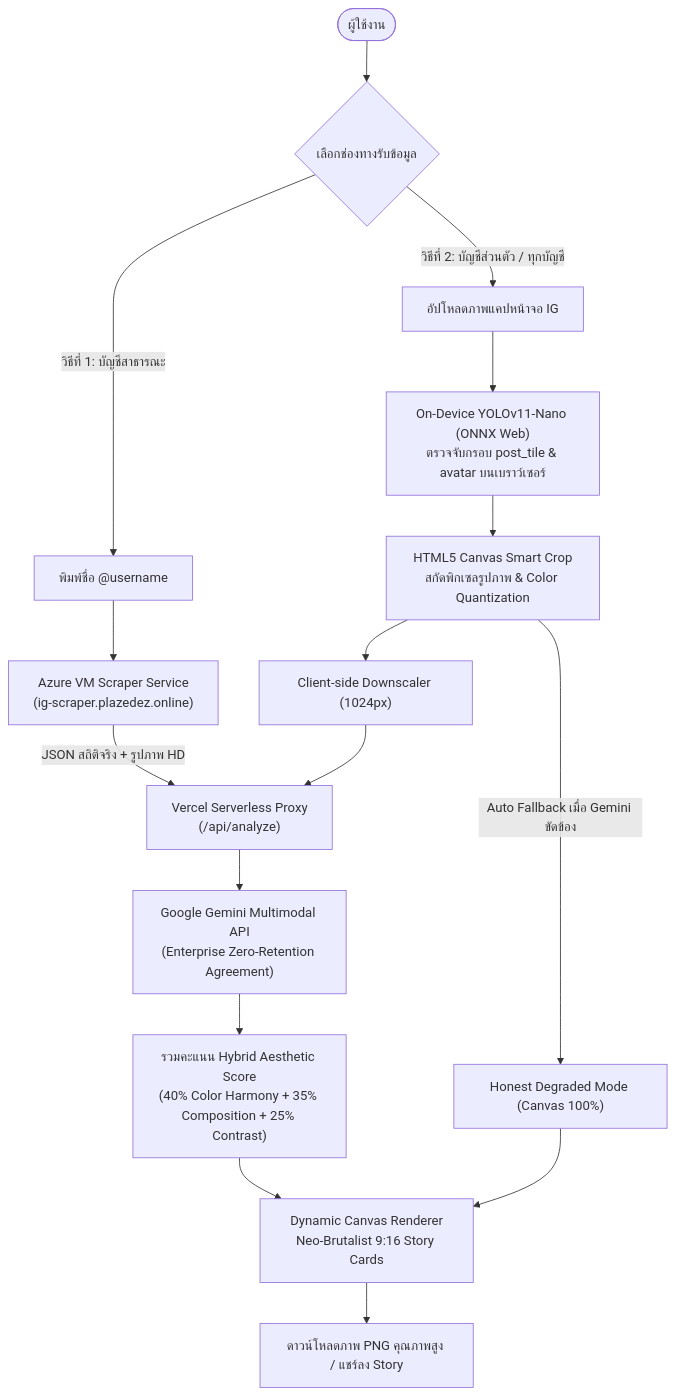
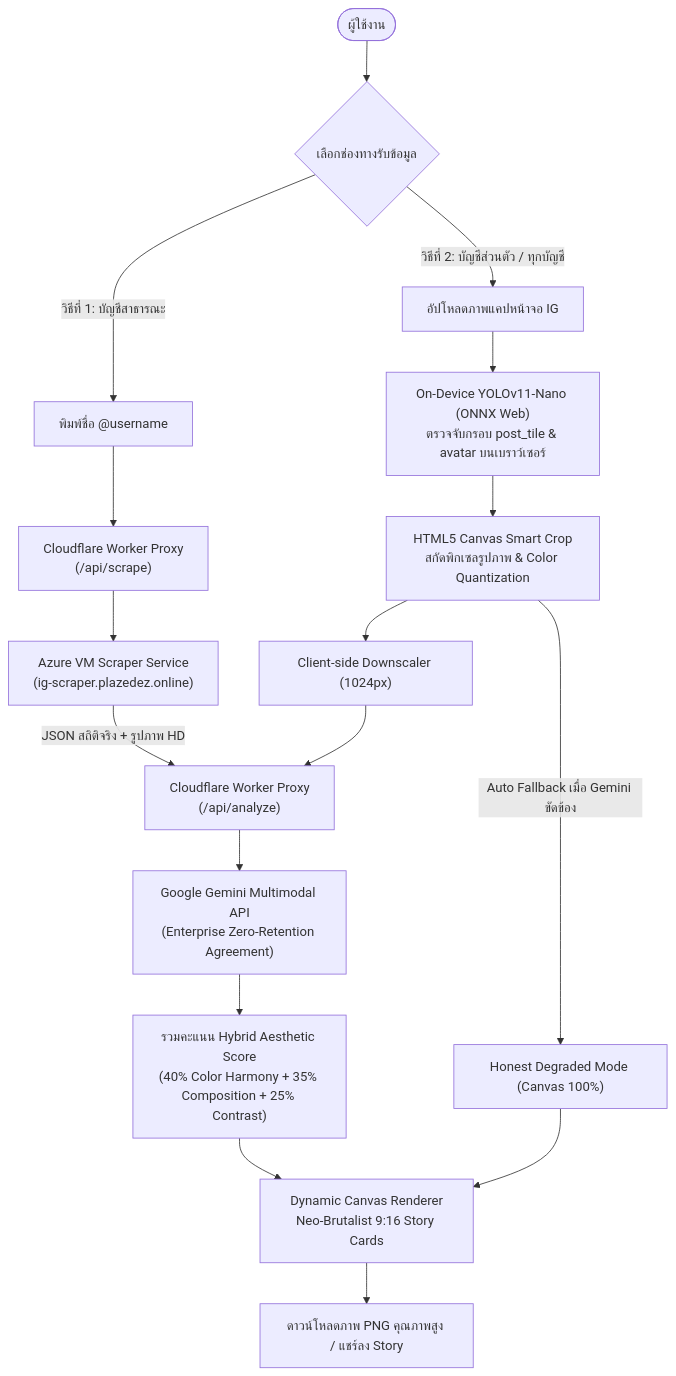
The diagram in README.md (Supanat-hub/IGOTYOU), drawn with Mermaid before and after one commit. The commit also changed other lines of this file, not shown here.

Commit message:
docs: correct architecture map and proxy references to Cloudflare Workers

````diff
--- a/README.md
+++ b/README.md
@@ -41,25 +41,26 @@
 ```mermaid
 flowchart TD
     User([ผู้ใช้งาน]) --> Choice{เลือกช่องทางรับข้อมูล}
     
     %% Pathway A: Public Scraper
     Choice -->|วิธีที่ 1: บัญชีสาธารณะ| Public["พิมพ์ชื่อ @username"]
-    Public --> ScraperServer["Azure VM Scraper Service<br>(ig-scraper.plazedez.online)"]
-    ScraperServer -->|JSON สถิติจริง + รูปภาพ HD| Proxy["Vercel Serverless Proxy<br>(/api/analyze)"]
+    Public --> CFScrape["Cloudflare Worker Proxy<br>(/api/scrape)"]
+    CFScrape --> ScraperServer["Azure VM Scraper Service<br>(ig-scraper.plazedez.online)"]
+    ScraperServer -->|JSON สถิติจริง + รูปภาพ HD| CFProxy["Cloudflare Worker Proxy<br>(/api/analyze)"]
     
     %% Pathway B: Screenshot Upload
     Choice -->|วิธีที่ 2: บัญชีส่วนตัว / ทุกบัญชี| Screenshot["อัปโหลดภาพแคปหน้าจอ IG"]
     Screenshot --> YOLO["On-Device YOLOv11-Nano (ONNX Web)<br>ตรวจจับกรอบ post_tile & avatar บนเบราว์เซอร์"]
     YOLO --> Canvas["HTML5 Canvas Smart Crop<br>สกัดพิกเซลรูปภาพ & Color Quantization"]
     Canvas --> Downscale["Client-side Downscaler (1024px)"]
-    Downscale --> Proxy
+    Downscale --> CFProxy
     
     %% Cloud Inference & Rendering
-    Proxy --> Gemini["Google Gemini Multimodal API<br>(Enterprise Zero-Retention Agreement)"]
+    CFProxy --> Gemini["Google Gemini Multimodal API<br>(Enterprise Zero-Retention Agreement)"]
     Gemini --> Hybrid["รวมคะแนน Hybrid Aesthetic Score<br>(40% Color Harmony + 35% Composition + 25% Contrast)"]
     Canvas -->|Auto Fallback เมื่อ Gemini ขัดข้อง| Degraded["Honest Degraded Mode (Canvas 100%)"]
     
     Hybrid --> Render["Dynamic Canvas Renderer<br>Neo-Brutalist 9:16 Story Cards"]
     Degraded --> Render
     Render --> Export["ดาวน์โหลดภาพ PNG คุณภาพสูง / แชร์ลง Story"]
 ```
````
